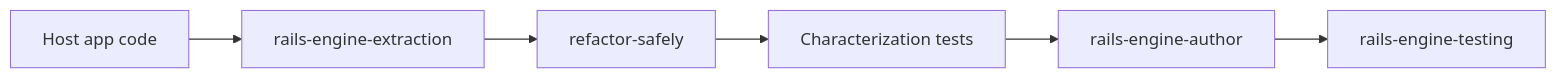
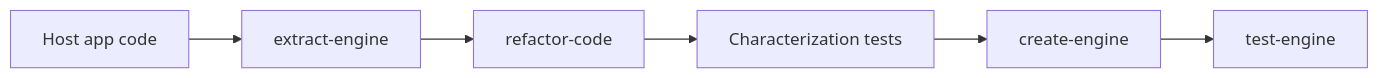
One commit to igmarin/my-RoR-personal-skills changed the second of 2 diagrams in docs/workflows/engines.md. Above: the diagram before and after it, drawn with Mermaid. The commit also changed other lines of this file and 295 other files, not shown here.

First line of the commit message:
Refactor names flows (#57)

````diff
--- a/docs/workflows/engines.md
+++ b/docs/workflows/engines.md
@@ -118,8 +118,8 @@
 ```mermaid
 flowchart LR
-    A[Host app code] --> B[rails-engine-extraction]
-    B --> C[refactor-safely]
+    A[Host app code] --> B[extract-engine]
+    B --> C[refactor-code]
     C --> D[Characterization tests]
-    D --> E[rails-engine-author]
-    E --> F[rails-engine-testing]
+    D --> E[create-engine]
+    E --> F[test-engine]
 ```
````
